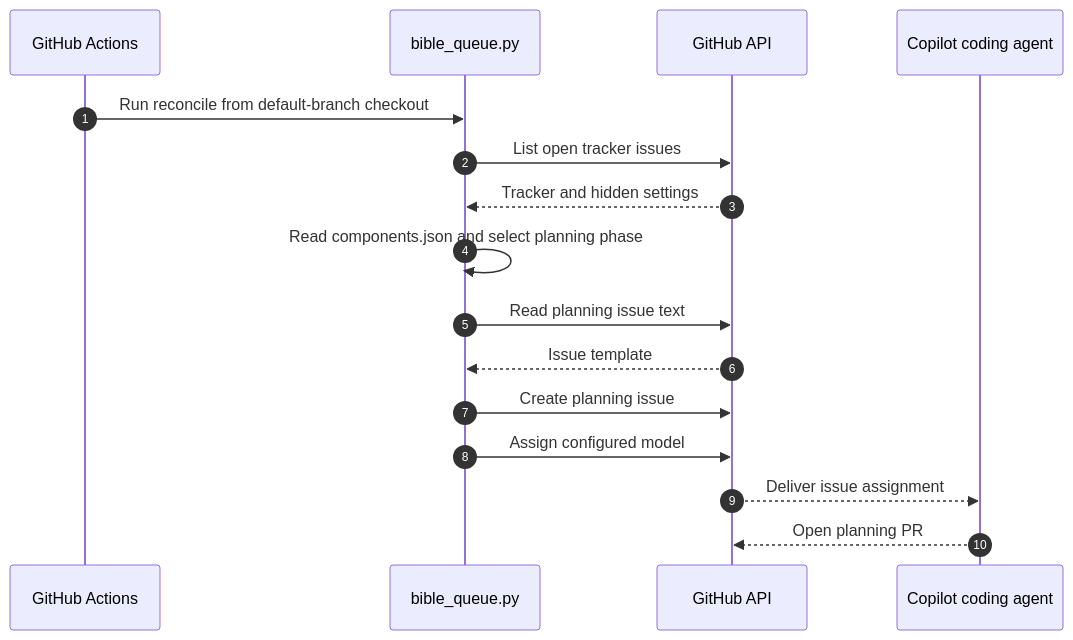
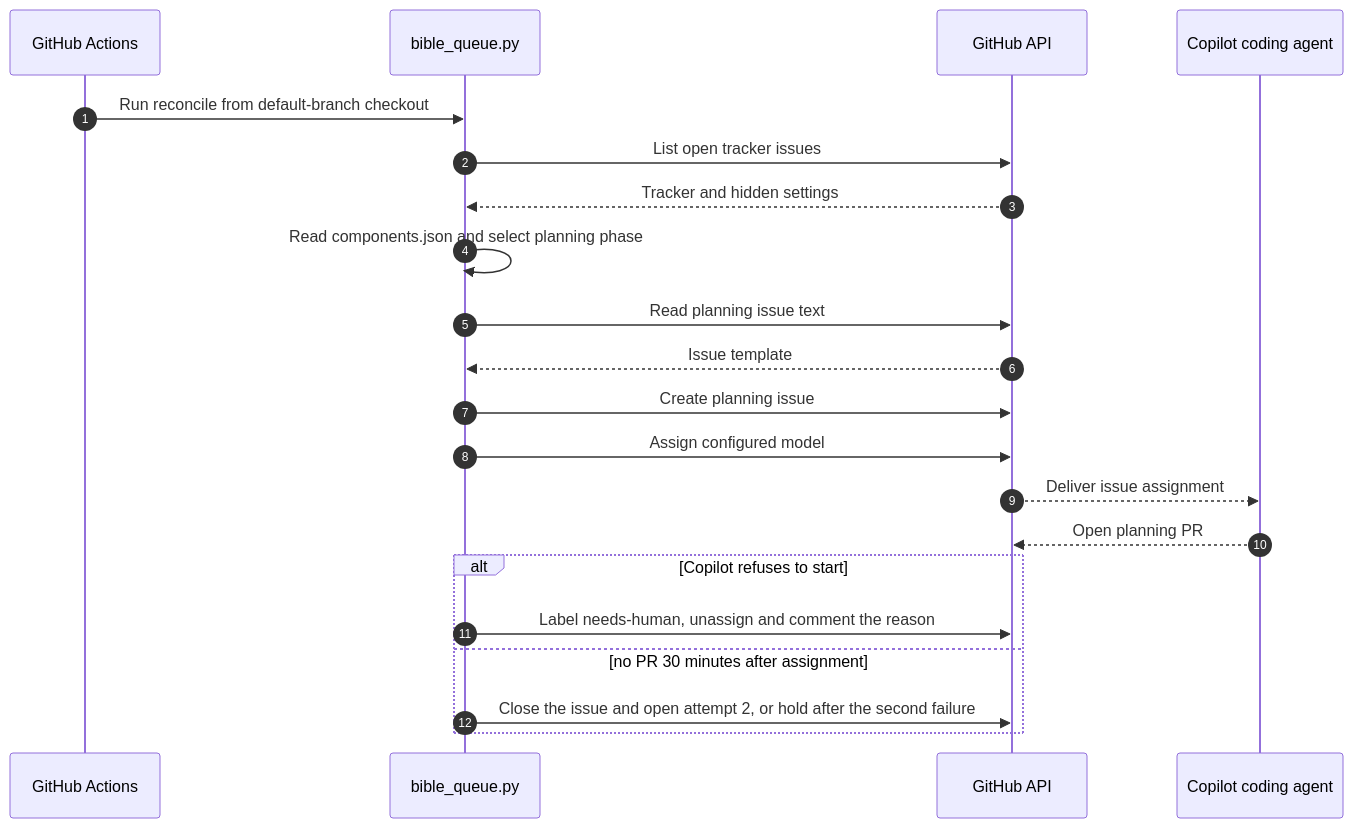
Before and after one commit to vishalc412/bible-mode-b-test: the second of 10 diagrams in codebase-analysis/hld/05-key-flows.md, drawn with Mermaid. The commit also changed other lines of this file and 38 other files, not shown here.

````diff
--- a/codebase-analysis/hld/05-key-flows.md
+++ b/codebase-analysis/hld/05-key-flows.md
@@ -73,18 +73,23 @@
 ```mermaid
 sequenceDiagram
   autonumber
   participant Actions as GitHub Actions
   participant Queue as bible_queue.py
   participant API as GitHub API
   participant Agent as Copilot coding agent
   Actions->>Queue: Run reconcile from default-branch checkout
   Queue->>API: List open tracker issues
   API-->>Queue: Tracker and hidden settings
   Queue->>Queue: Read components.json and select planning phase
   Queue->>API: Read planning issue text
   API-->>Queue: Issue template
   Queue->>API: Create planning issue
   Queue->>API: Assign configured model
   API-->>Agent: Deliver issue assignment
   Agent-->>API: Open planning PR
+  alt Copilot refuses to start
+    Queue->>API: Label needs-human, unassign and comment the reason
+  else no PR 30 minutes after assignment
+    Queue->>API: Close the issue and open attempt 2, or hold after the second failure
+  end
 ```
````
